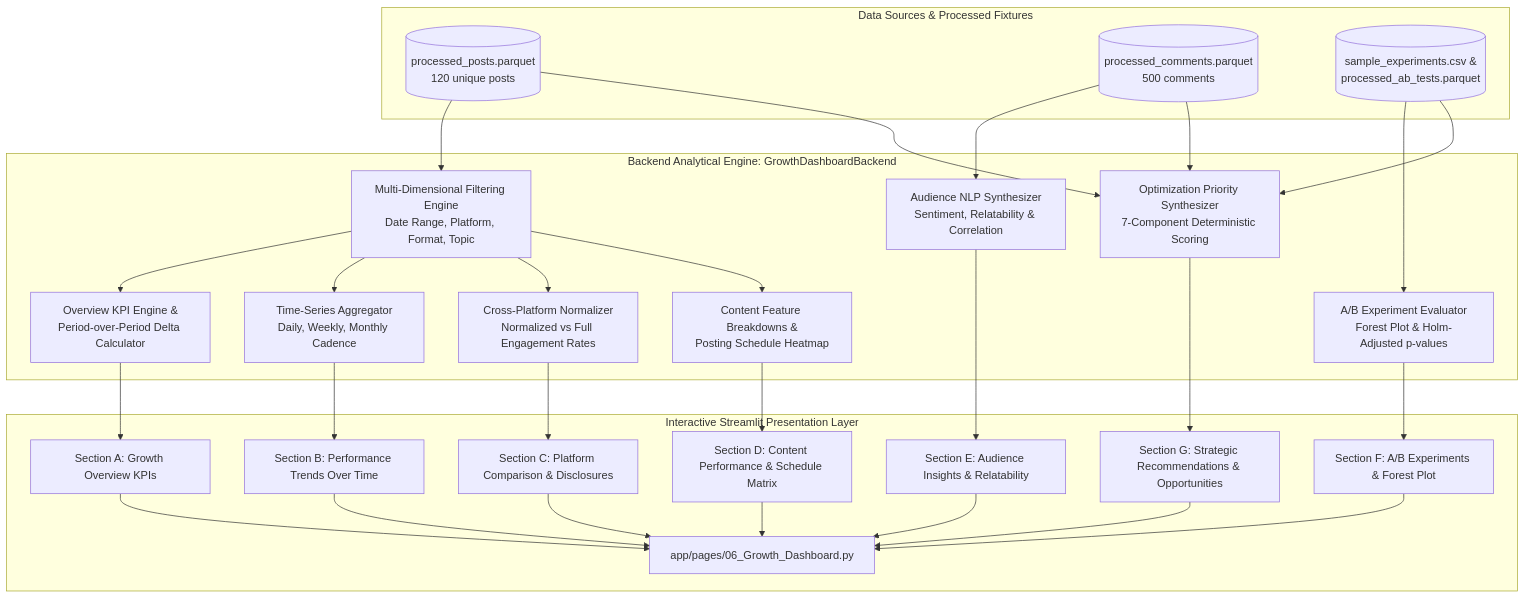
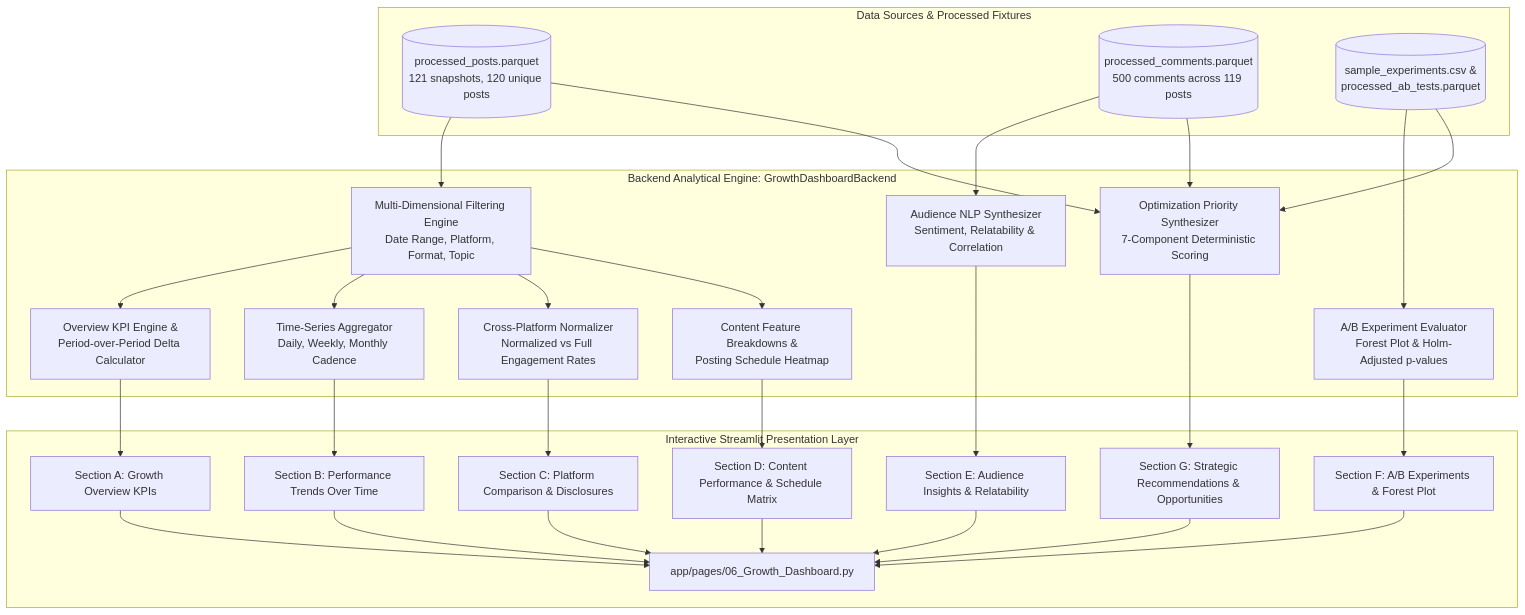
The diagram in docs/MODULE_6_GROWTH_DASHBOARD.md (SarthakPandey84/Social-Pulse), drawn with Mermaid before and after one commit. The commit also changed other lines of this file and 11 other files, not shown here.

````diff
--- a/docs/MODULE_6_GROWTH_DASHBOARD.md
+++ b/docs/MODULE_6_GROWTH_DASHBOARD.md
@@ -25,45 +25,45 @@
 ```mermaid
 flowchart TD
     subgraph Data Sources & Processed Fixtures
-        M1_DATA[(processed_posts.parquet<br/>120 unique posts)]
-        M3_DATA[(processed_comments.parquet<br/>500 comments)]
+        M1_DATA[(processed_posts.parquet<br/>121 snapshots, 120 unique posts)]
+        M3_DATA[(processed_comments.parquet<br/>500 comments across 119 posts)]
         M4_DATA[(sample_experiments.csv &<br/>processed_ab_tests.parquet)]
     end
 
     subgraph Backend Analytical Engine: GrowthDashboardBackend
         FILT[Multi-Dimensional Filtering Engine<br/>Date Range, Platform, Format, Topic]
         KPI_CALC[Overview KPI Engine &<br/>Period-over-Period Delta Calculator]
         TS_CALC[Time-Series Aggregator<br/>Daily, Weekly, Monthly Cadence]
         NORM_COMP[Cross-Platform Normalizer<br/>Normalized vs Full Engagement Rates]
         CONT_BREAK[Content Feature Breakdowns &<br/>Posting Schedule Heatmap]
         AUD_SYNTH[Audience NLP Synthesizer<br/>Sentiment, Relatability & Correlation]
         EXP_SYNTH[A/B Experiment Evaluator<br/>Forest Plot & Holm-Adjusted p-values]
         REC_SYNTH[Optimization Priority Synthesizer<br/>7-Component Deterministic Scoring]
     end
 
     subgraph Interactive Streamlit Presentation Layer
         APP_PAGE[app/pages/06_Growth_Dashboard.py]
         SEC_A[Section A: Growth Overview KPIs]
         SEC_B[Section B: Performance Trends Over Time]
         SEC_C[Section C: Platform Comparison & Disclosures]
         SEC_D[Section D: Content Performance & Schedule Matrix]
         SEC_E[Section E: Audience Insights & Relatability]
         SEC_F[Section F: A/B Experiments & Forest Plot]
         SEC_G[Section G: Strategic Recommendations & Opportunities]
     end
 
     M1_DATA --> FILT --> KPI_CALC & TS_CALC & NORM_COMP & CONT_BREAK
     M3_DATA --> AUD_SYNTH
     M4_DATA --> EXP_SYNTH
     M1_DATA & M3_DATA & M4_DATA --> REC_SYNTH
 
     KPI_CALC --> SEC_A
     TS_CALC --> SEC_B
     NORM_COMP --> SEC_C
     CONT_BREAK --> SEC_D
     AUD_SYNTH --> SEC_E
     EXP_SYNTH --> SEC_F
     REC_SYNTH --> SEC_G
 
     SEC_A & SEC_B & SEC_C & SEC_D & SEC_E & SEC_F & SEC_G --> APP_PAGE
 ```
````
